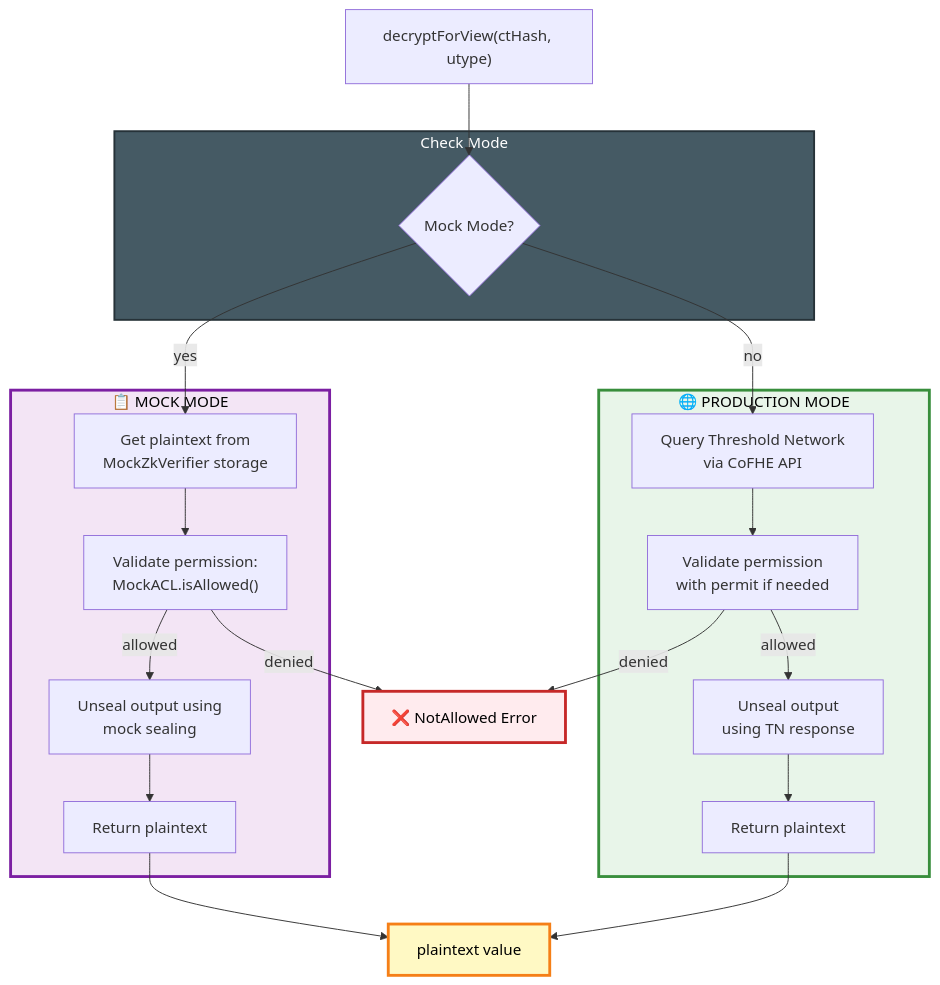
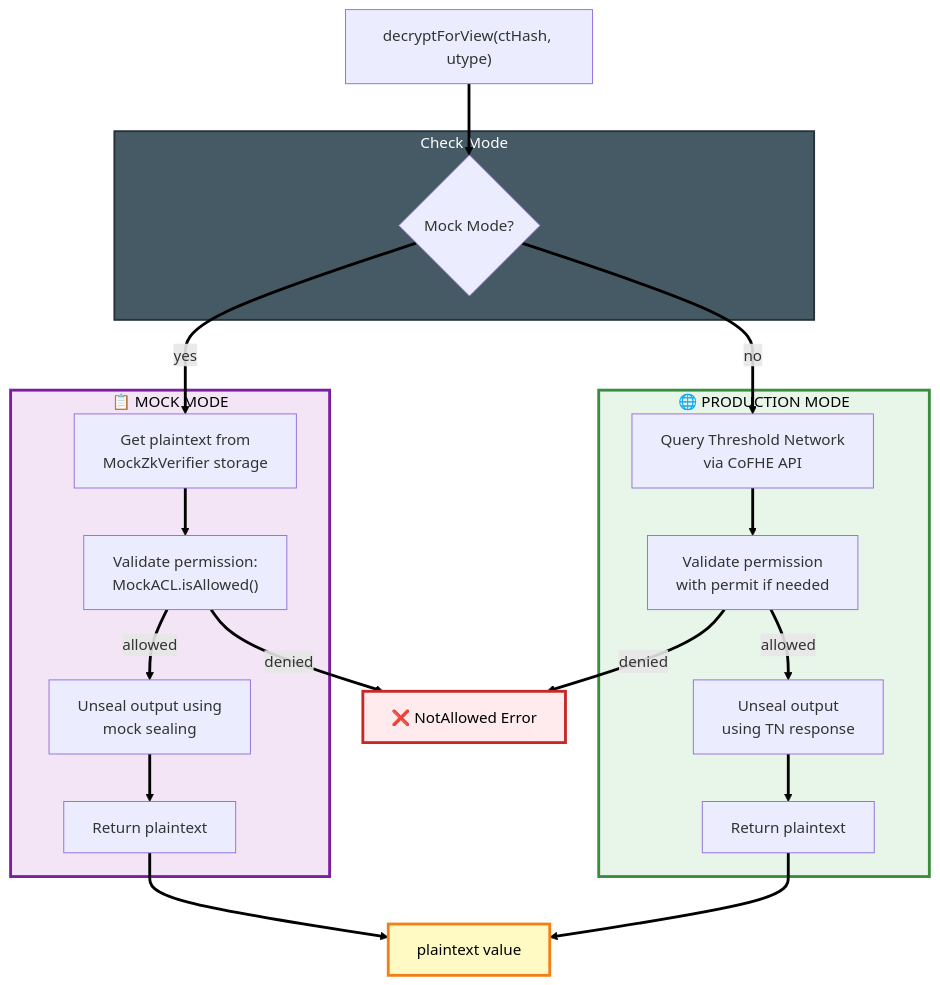
Before and after one commit to FhenixProtocol/cofhesdk: the third of 7 diagrams in ARCHITECTURE.md, drawn with Mermaid. The commit also changed other lines of this file, not shown here.

````diff
--- a/ARCHITECTURE.md
+++ b/ARCHITECTURE.md
@@ -98,46 +102,48 @@
 ```mermaid
 graph TD
     Start["decryptForView(ctHash, utype)"]
     
     subgraph Check["Check Mode"]
         IsMock{Mock Mode?}
     end
     
     subgraph Mock["📋 MOCK MODE"]
         M1["Get plaintext from<br/>MockZkVerifier storage"]
         M2["Validate permission:<br/>MockACL.isAllowed()"]
         M3["Unseal output using<br/>mock sealing"]
         M4["Return plaintext"]
     end
     
     subgraph Prod["🌐 PRODUCTION MODE"]
         P1["Query Threshold Network<br/>via CoFHE API"]
         P2["Validate permission<br/>with permit if needed"]
         P3["Unseal output<br/>using TN response"]
         P4["Return plaintext"]
     end
     
     Start --> IsMock
     
     IsMock -->|yes| M1
     IsMock -->|no| P1
     
     M1 --> M2
     M2 -->|allowed| M3
     M2 -->|denied| Error["❌ NotAllowed Error"]
     M3 --> M4
     
     P1 --> P2
     P2 -->|allowed| P3
     P2 -->|denied| Error
     P3 --> P4
     
     M4 --> End["plaintext value"]
     P4 --> End
     
+    linkStyle default stroke:#000,stroke-width:3px
+    
     style Mock fill:#f3e5f5,stroke:#7b1fa2,stroke-width:3px,color:#000
     style Prod fill:#e8f5e9,stroke:#388e3c,stroke-width:3px,color:#000
     style Error fill:#ffebee,stroke:#c62828,stroke-width:3px,color:#000
     style Check fill:#455a64,stroke:#263238,stroke-width:2px,color:#fff
     style End fill:#fff9c4,stroke:#f57f17,stroke-width:3px,color:#000
 ```
````
